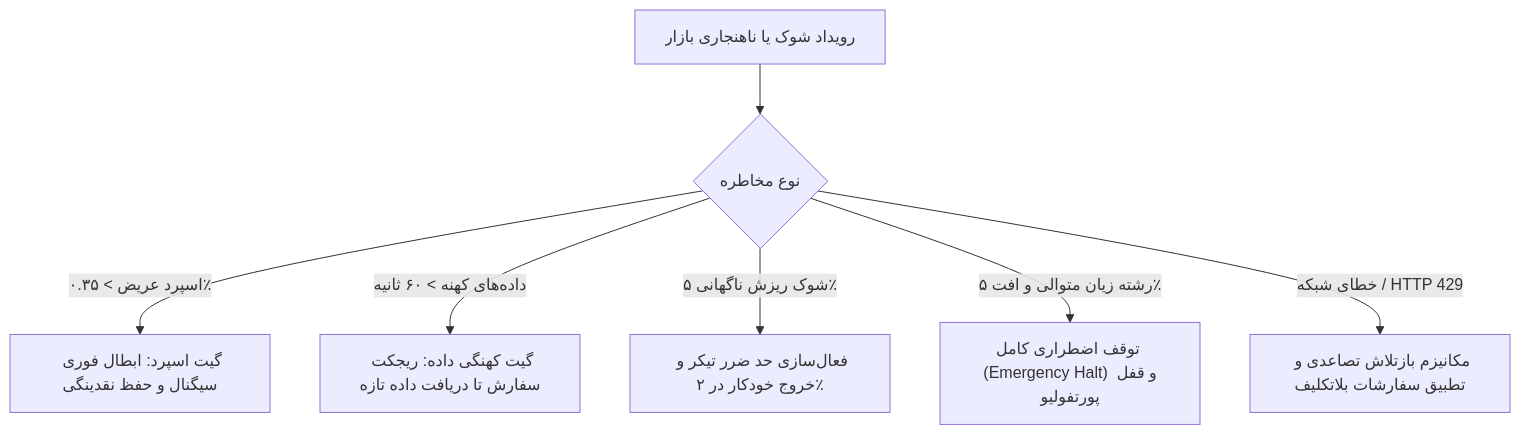
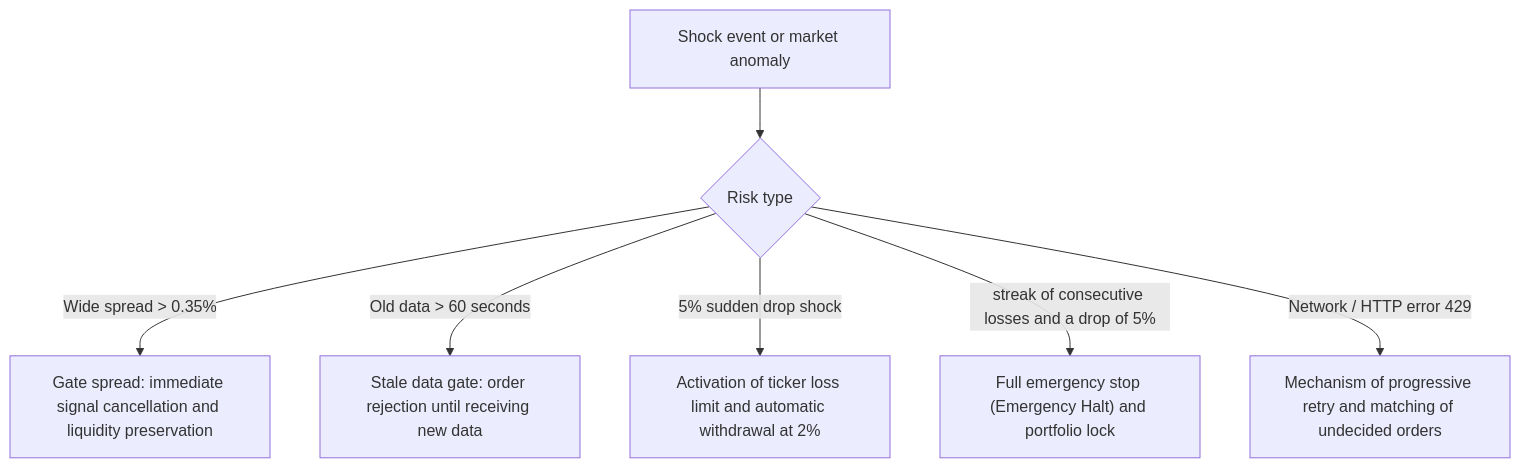
One commit to AliFazelniya/wallextrade changed the second of 2 diagrams in docs/EXECUTION_STRESS_TESTS.md. Above: the diagram before and after it, drawn with Mermaid. The commit also changed other lines of this file and 81 other files, not shown here.

````diff
--- a/docs/EXECUTION_STRESS_TESTS.md
+++ b/docs/EXECUTION_STRESS_TESTS.md
@@ -42,10 +42,10 @@
 ```mermaid
 flowchart TD
-    A["رویداد شوک یا ناهنجاری بازار"] --> B{"نوع مخاطره"}
+    A["Shock event or market anomaly"] --> B{"Risk type"}
     
-    B -->|اسپرد عریض > ۰.۳۵٪| C["گیت اسپرد: ابطال فوری سیگنال و حفظ نقدینگی"]
-    B -->|داده‌های کهنه > ۶۰ ثانیه| D["گیت کهنگی داده: ریجکت سفارش تا دریافت داده تازه"]
-    B -->|شوک ریزش ناگهانی ۵٪| E["فعال‌سازی حد ضرر تیکر و خروج خودکار در ۲٪"]
-    B -->|رشته زیان متوالی و افت ۵٪| F["توقف اضطراری کامل (Emergency Halt) و قفل پورتفولیو"]
-    B -->|خطای شبکه / HTTP 429| G["مکانیزم بازتلاش تصاعدی و تطبیق سفارشات بلاتکلیف"]
+    B -->|Wide spread > 0.35%| C["Gate spread: immediate signal cancellation and liquidity preservation"]
+    B -->|Old data > 60 seconds| D["Stale data gate: order rejection until receiving new data"]
+    B -->|5% sudden drop shock| E["Activation of ticker loss limit and automatic withdrawal at 2%"]
+    B -->|streak of consecutive losses and a drop of 5%| F["Full emergency stop (Emergency Halt) and portfolio lock"]
+    B -->|Network / HTTP error 429| G["Mechanism of progressive retry and matching of undecided orders"]
 ```
````
